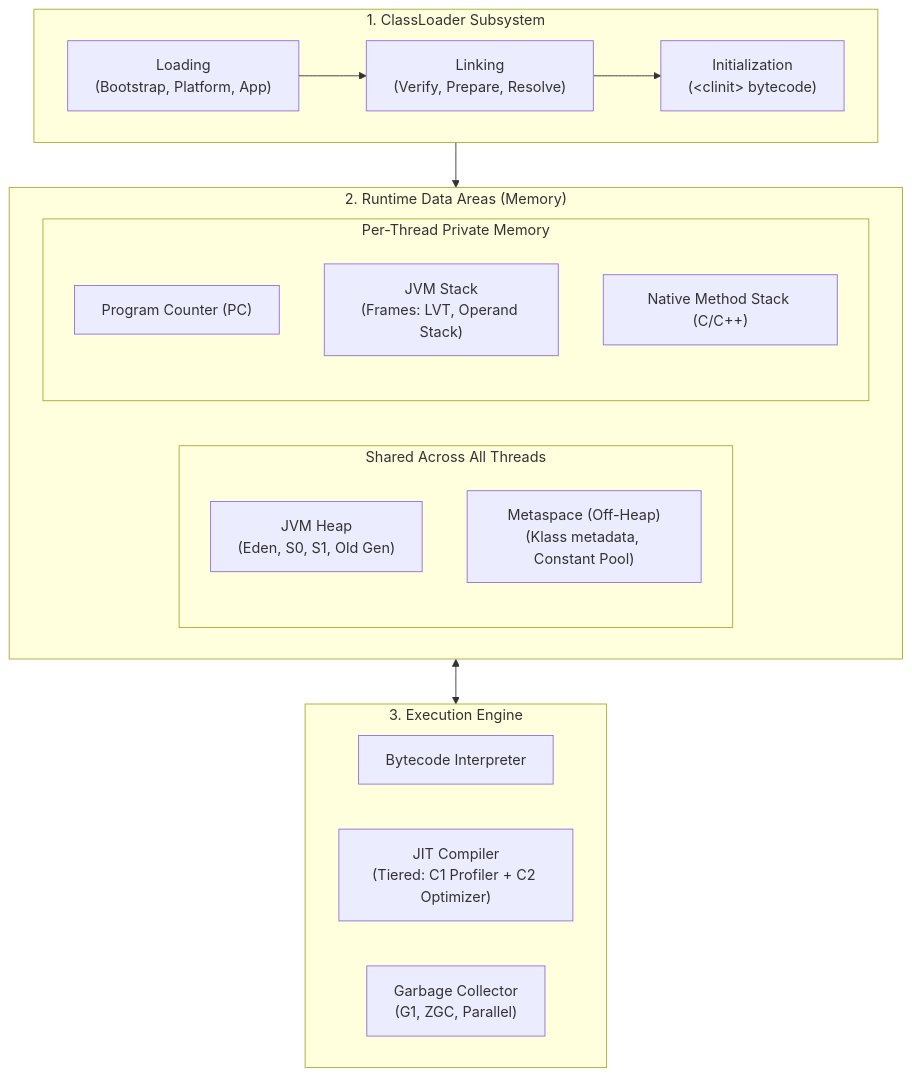
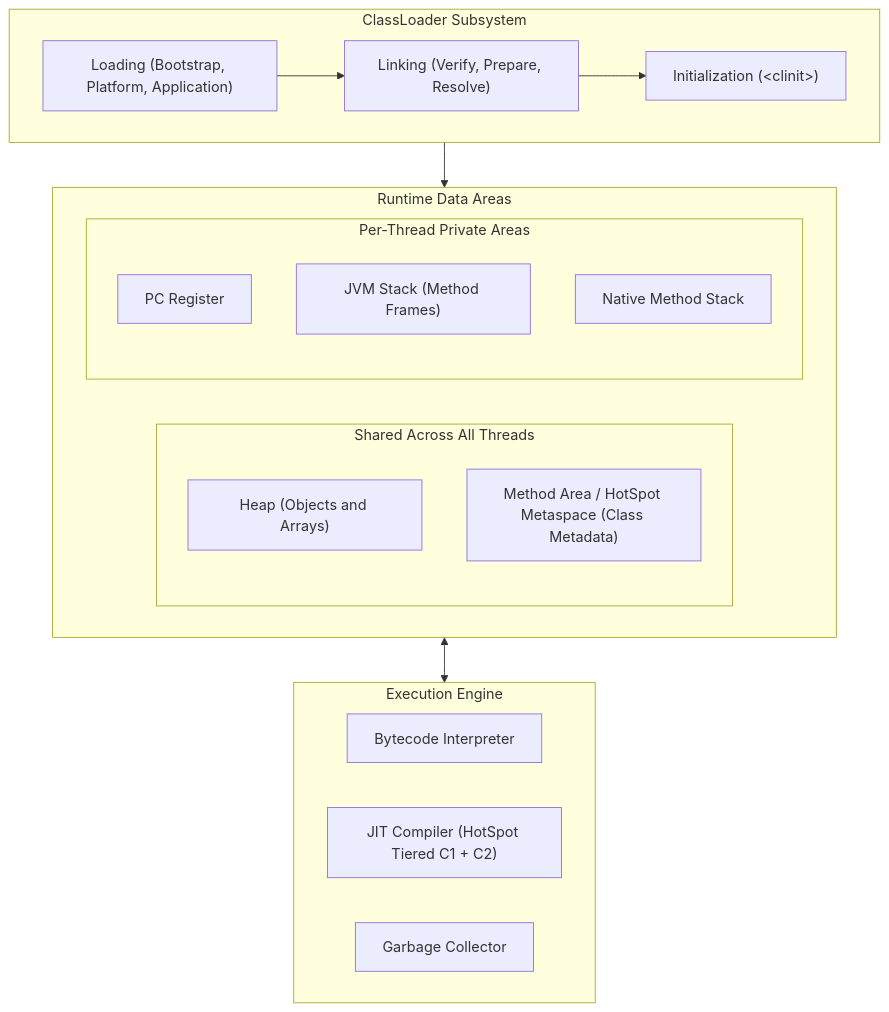
One commit to ravishankar2463/java_hub changed the first of 4 diagrams in content/roadmap/level-3/jvm-architecture-internals.md. Above: the diagram before and after it, drawn with Mermaid. The commit also changed other lines of this file and 119 other files, not shown here.

Commit message:
feat: add comprehensive java learning roadmap content across multiple levels

````diff
--- a/content/roadmap/level-3/jvm-architecture-internals.md
+++ b/content/roadmap/level-3/jvm-architecture-internals.md
@@ -20,30 +18,30 @@
 ```mermaid
 flowchart TD
-    subgraph ClassLoaderSubsystem ["1. ClassLoader Subsystem"]
-        Loading["Loading<br/>(Bootstrap, Platform, App)"]
-        Linking["Linking<br/>(Verify, Prepare, Resolve)"]
-        Init["Initialization<br/>(&lt;clinit&gt; bytecode)"]
-        Loading --> Linking --> Init
+    subgraph Loader["ClassLoader Subsystem"]
+        load["Loading (Bootstrap, Platform, Application)"]
+        link["Linking (Verify, Prepare, Resolve)"]
+        init["Initialization (&lt;clinit&gt;)"]
+        load --> link --> init
     end
 
-    subgraph RuntimeDataAreas ["2. Runtime Data Areas (Memory)"]
-        subgraph ThreadShared ["Shared Across All Threads"]
-            Heap["JVM Heap<br/>(Eden, S0, S1, Old Gen)"]
-            Metaspace["Metaspace (Off-Heap)<br/>(Klass metadata, Constant Pool)"]
+    subgraph Memory["Runtime Data Areas"]
+        subgraph Shared["Shared Across All Threads"]
+            heap["Heap (Objects and Arrays)"]
+            metaspace["Method Area / HotSpot Metaspace (Class Metadata)"]
         end
-        subgraph PerThread ["Per-Thread Private Memory"]
-            PC["Program Counter (PC)"]
-            JVMStack["JVM Stack<br/>(Frames: LVT, Operand Stack)"]
-            NativeStack["Native Method Stack (C/C++)"]
+        subgraph Private["Per-Thread Private Areas"]
+            pc["PC Register"]
+            jstack["JVM Stack (Method Frames)"]
+            nstack["Native Method Stack"]
         end
     end
 
-    subgraph ExecutionEngine ["3. Execution Engine"]
-        Interpreter["Bytecode Interpreter"]
-        JIT["JIT Compiler<br/>(Tiered: C1 Profiler + C2 Optimizer)"]
-        GC["Garbage Collector<br/>(G1, ZGC, Parallel)"]
+    subgraph Engine["Execution Engine"]
+        interp["Bytecode Interpreter"]
+        jit["JIT Compiler (HotSpot Tiered C1 + C2)"]
+        gc["Garbage Collector"]
     end
 
-    ClassLoaderSubsystem --> RuntimeDataAreas
-    RuntimeDataAreas <--> ExecutionEngine
+    Loader --> Memory
+    Memory <--> Engine
 ```
````
